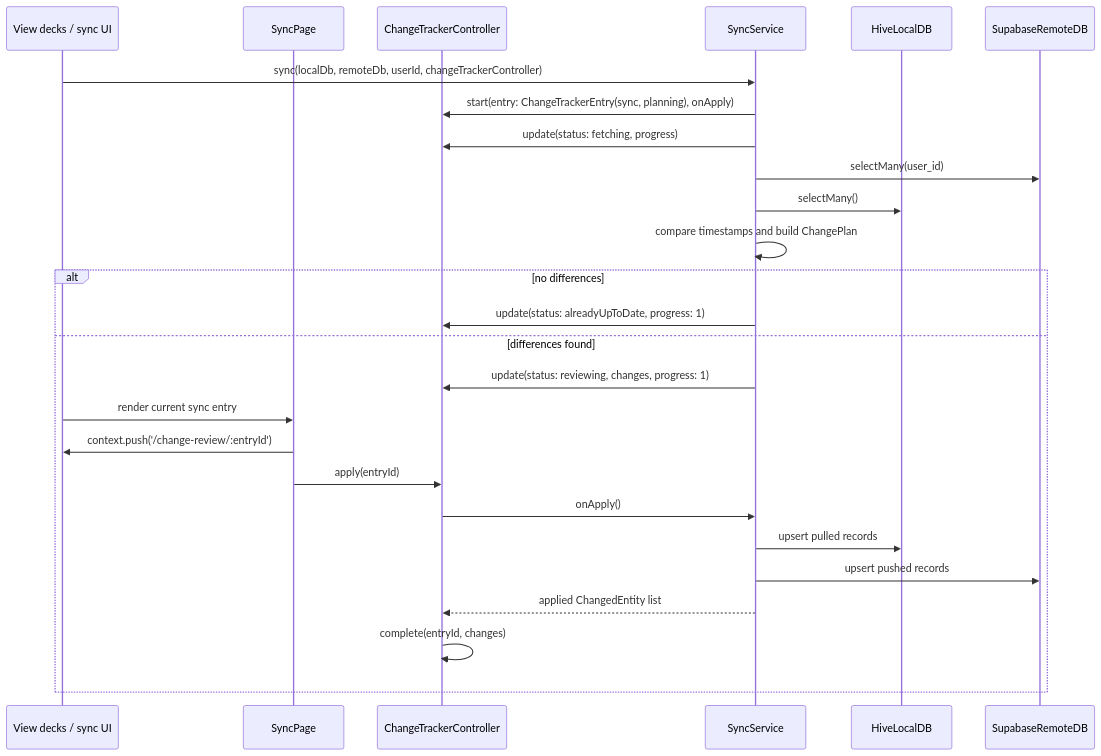
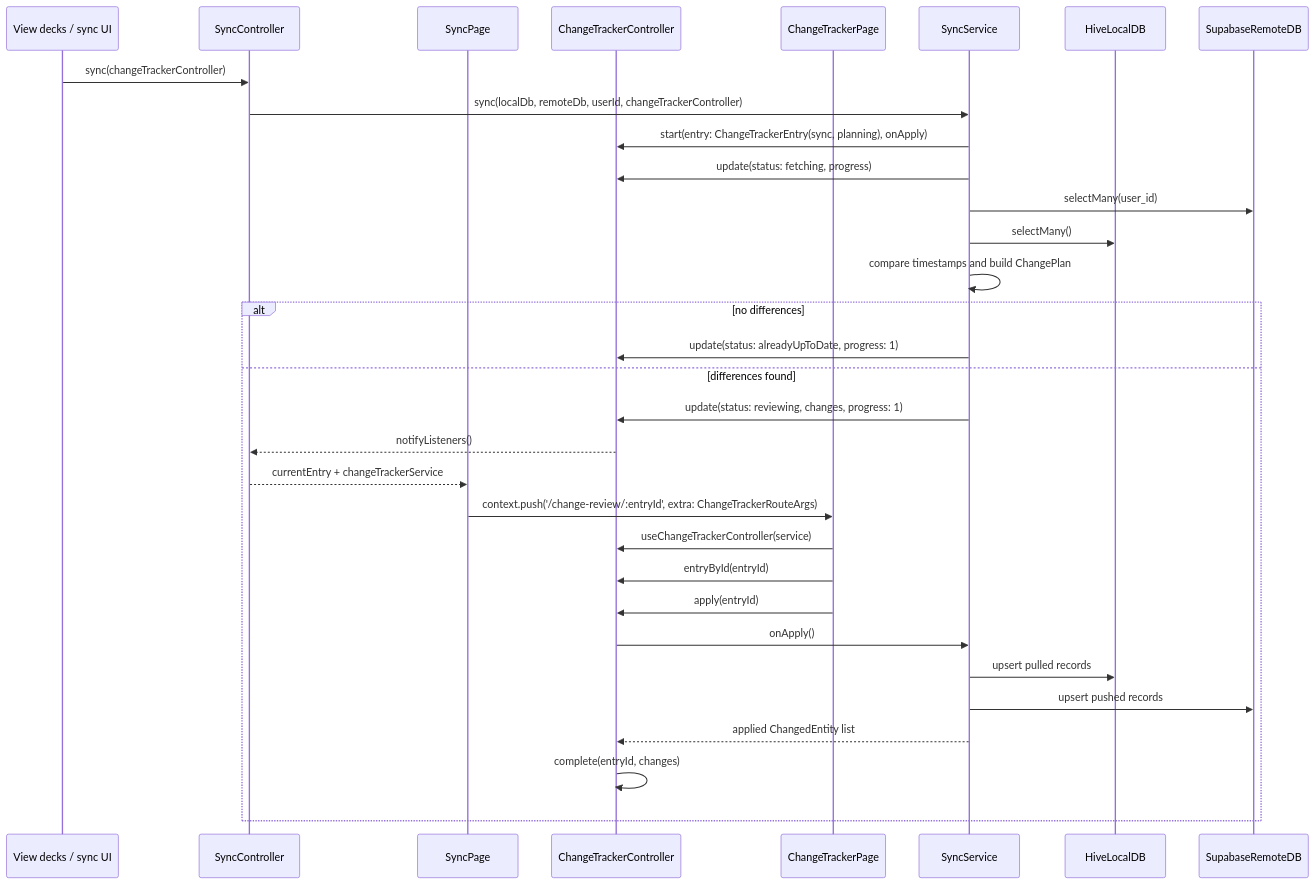
Before and after one commit to GuyWithBag/boo_mondai: the third of 5 diagrams in lib/features/change_tracker/documentation/change_tracker.md, drawn with Mermaid. The commit also changed other lines of this file, not shown here.

Commit message:
docs(change-tracker): refresh architecture notes

````diff
--- a/lib/features/change_tracker/documentation/change_tracker.md
+++ b/lib/features/change_tracker/documentation/change_tracker.md
@@ -118,30 +128,36 @@
 ```mermaid
 sequenceDiagram
     participant UI as View decks / sync UI
+    participant SyncController as SyncController
     participant SyncPage as SyncPage
     participant Controller as ChangeTrackerController
+    participant ReviewPage as ChangeTrackerPage
     participant Service as SyncService
     participant Local as HiveLocalDB
     participant Remote as SupabaseRemoteDB
 
-    UI->>Service: sync(localDb, remoteDb, userId, changeTrackerController)
+    UI->>SyncController: sync(changeTrackerController)
+    SyncController->>Service: sync(localDb, remoteDb, userId, changeTrackerController)
     Service->>Controller: start(entry: ChangeTrackerEntry(sync, planning), onApply)
     Service->>Controller: update(status: fetching, progress)
     Service->>Remote: selectMany(user_id)
     Service->>Local: selectMany()
     Service->>Service: compare timestamps and build ChangePlan
 
     alt no differences
         Service->>Controller: update(status: alreadyUpToDate, progress: 1)
     else differences found
         Service->>Controller: update(status: reviewing, changes, progress: 1)
-        UI->>SyncPage: render current sync entry
-        SyncPage->>UI: context.push('/change-review/:entryId')
-        SyncPage->>Controller: apply(entryId)
+        Controller-->>SyncController: notifyListeners()
+        SyncController-->>SyncPage: currentEntry + changeTrackerService
+        SyncPage->>ReviewPage: context.push('/change-review/:entryId', extra: ChangeTrackerRouteArgs)
+        ReviewPage->>Controller: useChangeTrackerController(service)
+        ReviewPage->>Controller: entryById(entryId)
+        ReviewPage->>Controller: apply(entryId)
         Controller->>Service: onApply()
         Service->>Local: upsert pulled records
         Service->>Remote: upsert pushed records
         Service-->>Controller: applied ChangedEntity list
         Controller->>Controller: complete(entryId, changes)
     end
 ```
````
